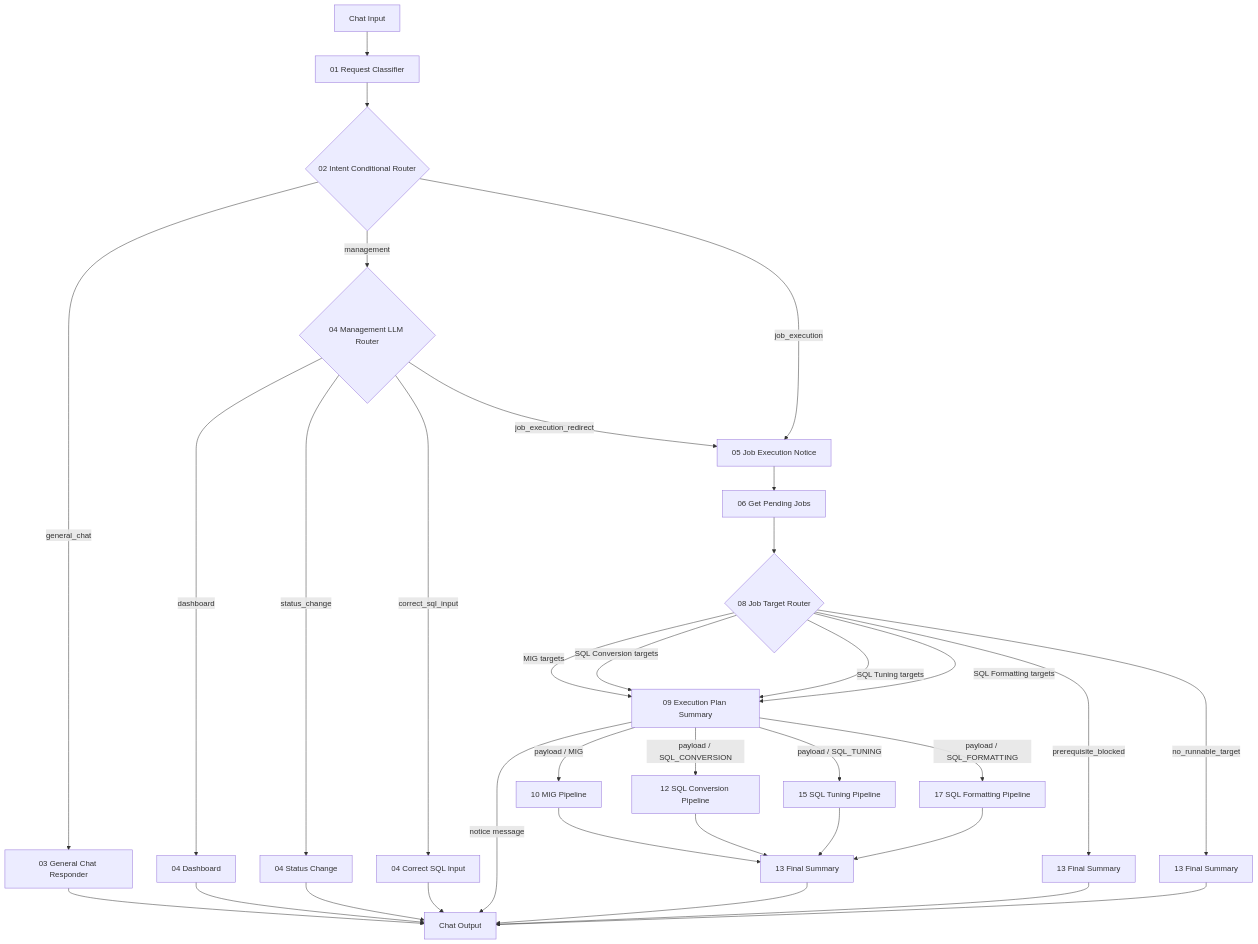
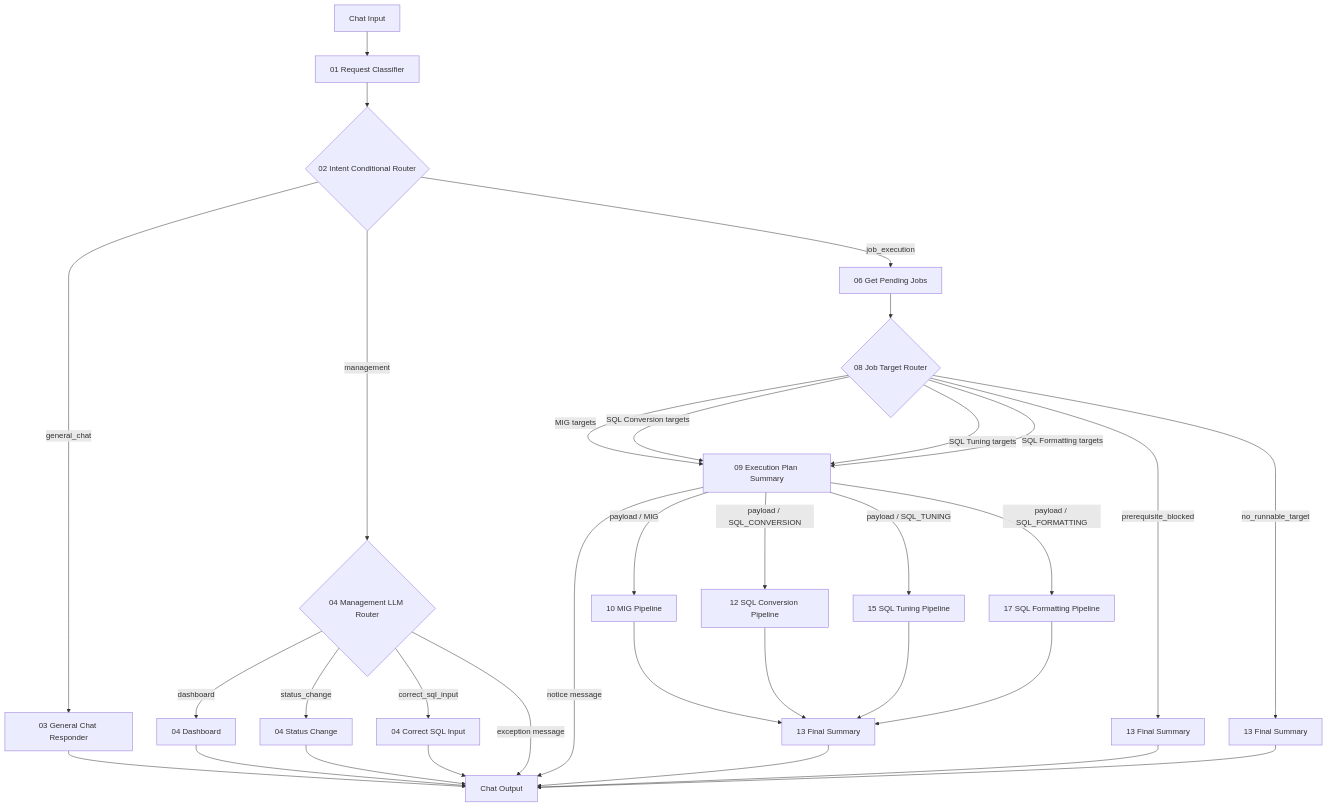
Before and after one commit to seongikjin227-jpg/refactoring_smartMigrate: the diagram in langflow_260819_newType/01_architecture.md, drawn with Mermaid. The commit also changed other lines of this file and 7 other files, not shown here.

````diff
--- a/langflow_260819_newType/01_architecture.md
+++ b/langflow_260819_newType/01_architecture.md
@@ -21,44 +23,42 @@
 ```mermaid
 flowchart TD
     A["Chat Input"] --> B["01 Request Classifier"]
     B --> C{"02 Intent Conditional Router"}
 
     C -->|general_chat| D["03 General Chat Responder"]
     C -->|management| E{"04 Management LLM Router"}
-    C -->|job_execution| F["05 Job Execution Notice"]
+    C -->|job_execution| G["06 Get Pending Jobs"]
 
     E -->|dashboard| E1["04 Dashboard"]
     E -->|status_change| E2["04 Status Change"]
     E -->|correct_sql_input| E3["04 Correct SQL Input"]
-    E -->|job_execution_redirect| F
-
-    F --> G["06 Get Pending Jobs"]
+    E -->|exception message| OUT
     G --> H{"08 Job Target Router"}
 
     H -->|MIG targets| P["09 Execution Plan Summary"]
     H -->|SQL Conversion targets| P
     H -->|SQL Tuning targets| P
     H -->|SQL Formatting targets| P
 
     P -->|notice message| OUT["Chat Output"]
     P -->|payload / MIG| M["10 MIG Pipeline"]
     P -->|payload / SQL_CONVERSION| C2["12 SQL Conversion Pipeline"]
     P -->|payload / SQL_TUNING| T2["15 SQL Tuning Pipeline"]
     P -->|payload / SQL_FORMATTING| F2["17 SQL Formatting Pipeline"]
 
     H -->|prerequisite_blocked| S1["13 Final Summary"]
     H -->|no_runnable_target| S2["13 Final Summary"]
 
     M --> S3["13 Final Summary"]
     C2 --> S3
     T2 --> S3
     F2 --> S3
 
     D --> OUT
     E1 --> OUT
     E2 --> OUT
     E3 --> OUT
     S1 --> OUT
     S2 --> OUT
     S3 --> OUT
 ```
````
